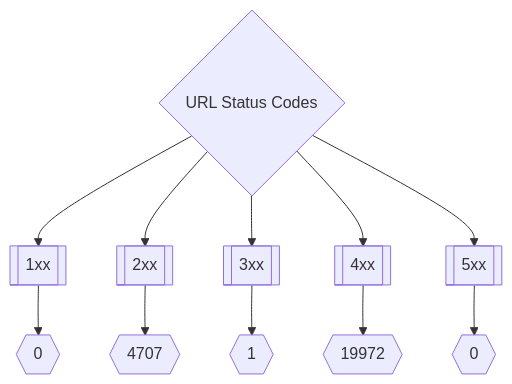
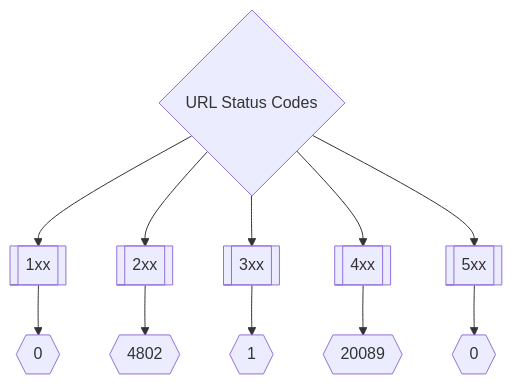
Before and after one commit to trickest/inventory: the second of 3 diagrams in README.md, drawn with Mermaid. The commit also changed other lines of this file, not shown here.

Commit message:
Update Mon Mar  7 14:27:20 UTC 2022

````diff
--- a/README.md
+++ b/README.md
@@ -173,8 +173,8 @@
 ```mermaid
 graph TD
 title{URL Status Codes} --> 1xx[[1xx]] --> status1xxNum{{0}}
-title --> 2xx[[2xx]] --> status2xxNum{{4707}}
+title --> 2xx[[2xx]] --> status2xxNum{{4802}}
 title --> 3xx[[3xx]] --> status3xxNum{{1}}
-title --> 4xx[[4xx]] --> status4xxNum{{19972}}
+title --> 4xx[[4xx]] --> status4xxNum{{20089}}
 title --> 5xx[[5xx]] --> status5xxNum{{0}}
 ```
````
